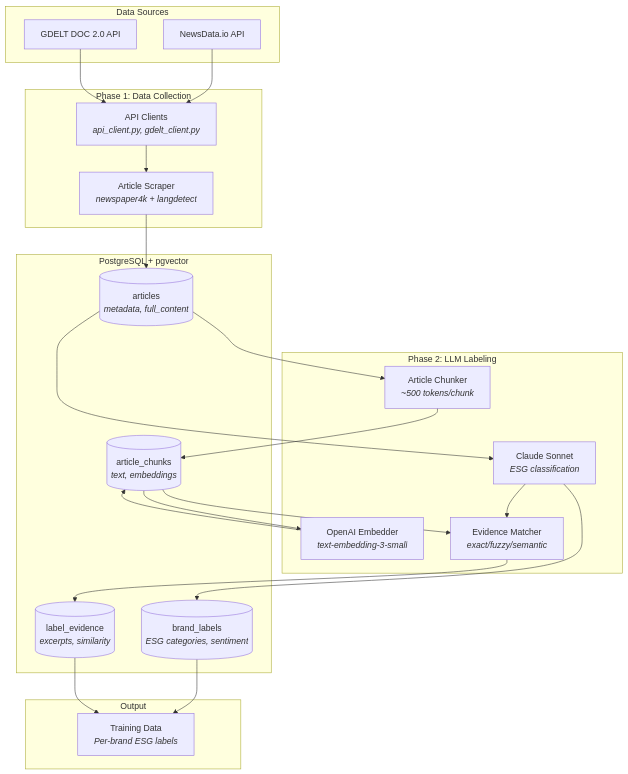
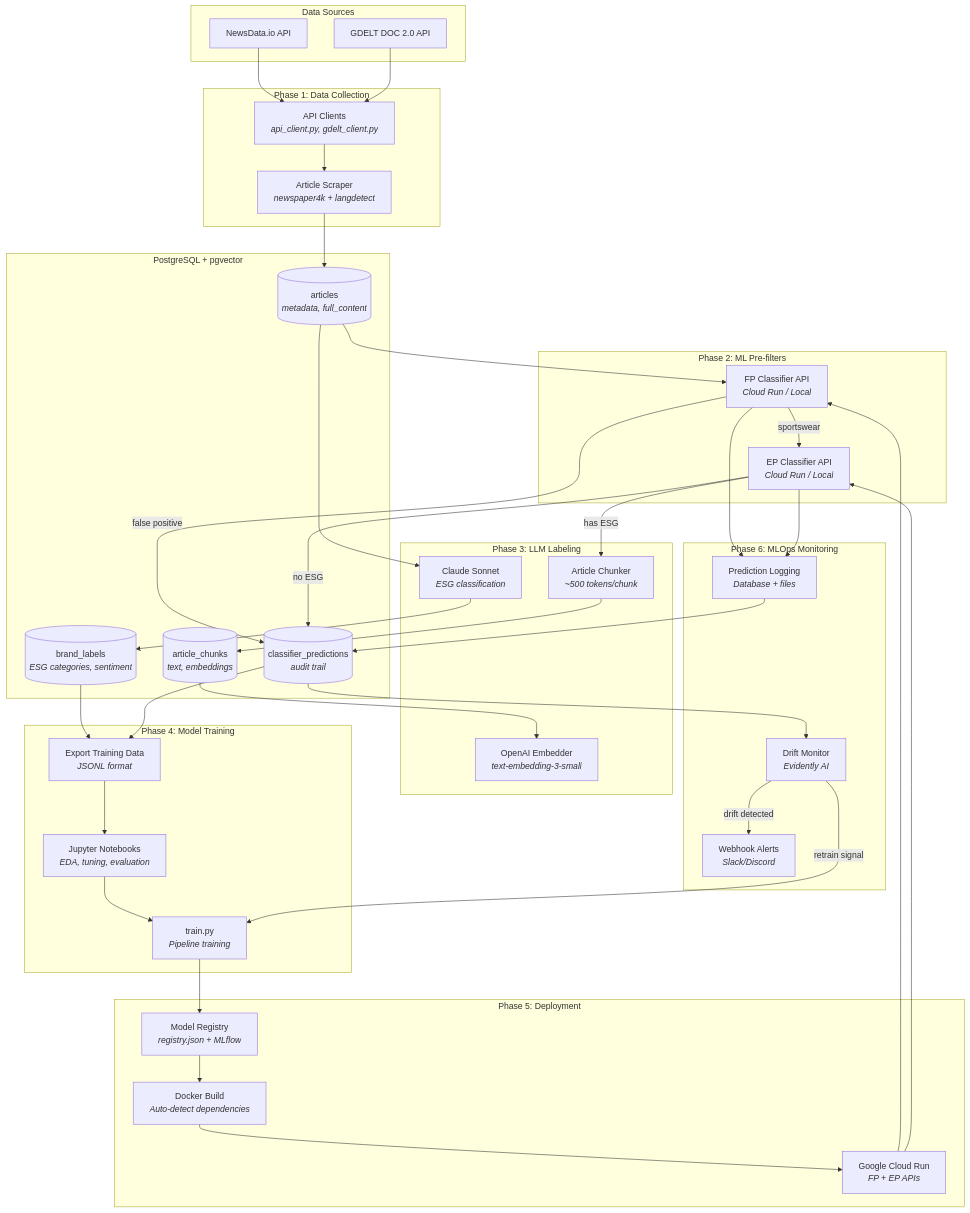
The diagram in README.md (frederick-douglas-pearce/sportswear-esg-news-classifier), drawn with Mermaid before and after one commit.

Commit message:
Update system architecture diagram with full MLOps pipeline
Redesigned Mermaid diagram to show complete data flow:
- Phase 1: Data Collection (NewsData.io, GDELT)
- Phase 2: ML Pre-filters (FP/EP classifiers)
- Phase 3: LLM Labeling (Claude Sonnet)
- Phase 4: Model Training (notebooks, train.py)
- Phase 5: Deployment (registry, Docker, Cloud Run)
- Phase 6: MLOps Monitoring (prediction logging, drift detection, alerts)

Shows feedback loop: drift detection triggers retraining signal

🤖 Generated with [Claude Code](https://claude.com/claude-code)

````diff
--- a/README.md
+++ b/README.md
@@ -80,36 +80,75 @@
         articles[("articles<br/><i>metadata, full_content</i>")]
         chunks[("article_chunks<br/><i>text, embeddings</i>")]
         labels[("brand_labels<br/><i>ESG categories, sentiment</i>")]
-        evidence[("label_evidence<br/><i>excerpts, similarity</i>")]
+        predictions[("classifier_predictions<br/><i>audit trail</i>")]
     end
 
-    subgraph labeling["Phase 2: LLM Labeling"]
+    subgraph prefilter["Phase 2: ML Pre-filters"]
+        fp_api["FP Classifier API<br/><i>Cloud Run / Local</i>"]
+        ep_api["EP Classifier API<br/><i>Cloud Run / Local</i>"]
+    end
+
+    subgraph labeling["Phase 3: LLM Labeling"]
         chunker["Article Chunker<br/><i>~500 tokens/chunk</i>"]
         embedder["OpenAI Embedder<br/><i>text-embedding-3-small</i>"]
         claude["Claude Sonnet<br/><i>ESG classification</i>"]
-        matcher["Evidence Matcher<br/><i>exact/fuzzy/semantic</i>"]
     end
 
-    subgraph output["Output"]
-        training["Training Data<br/><i>Per-brand ESG labels</i>"]
+    subgraph training["Phase 4: Model Training"]
+        export["Export Training Data<br/><i>JSONL format</i>"]
+        notebooks["Jupyter Notebooks<br/><i>EDA, tuning, evaluation</i>"]
+        train["train.py<br/><i>Pipeline training</i>"]
     end
 
+    subgraph deployment["Phase 5: Deployment"]
+        registry["Model Registry<br/><i>registry.json + MLflow</i>"]
+        docker["Docker Build<br/><i>Auto-detect dependencies</i>"]
+        cloudrun["Google Cloud Run<br/><i>FP + EP APIs</i>"]
+    end
+
+    subgraph monitoring["Phase 6: MLOps Monitoring"]
+        pred_logs["Prediction Logging<br/><i>Database + files</i>"]
+        drift["Drift Monitor<br/><i>Evidently AI</i>"]
+        alerts["Webhook Alerts<br/><i>Slack/Discord</i>"]
+    end
+
+    %% Data Collection Flow
     newsdata --> api_client
     gdelt --> api_client
     api_client --> scraper
     scraper --> articles
 
-    articles --> chunker
+    %% Pre-filter Flow
+    articles --> fp_api
+    fp_api -->|"sportswear"| ep_api
+    fp_api -->|"false positive"| predictions
+    ep_api -->|"has ESG"| chunker
+    ep_api -->|"no ESG"| predictions
+
+    %% Labeling Flow
     chunker --> chunks
     chunks --> embedder
-    embedder --> chunks
-
     articles --> claude
     claude --> labels
-    claude --> matcher
-    chunks --> matcher
-    matcher --> evidence
 
-    labels --> training
-    evidence --> training
+    %% Training Flow
+    labels --> export
+    predictions --> export
+    export --> notebooks
+    notebooks --> train
+    train --> registry
+
+    %% Deployment Flow
+    registry --> docker
+    docker --> cloudrun
+    cloudrun --> fp_api
+    cloudrun --> ep_api
+
+    %% Monitoring Flow
+    fp_api --> pred_logs
+    ep_api --> pred_logs
+    pred_logs --> predictions
+    predictions --> drift
+    drift -->|"drift detected"| alerts
+    drift -->|"retrain signal"| train
 ```
````
